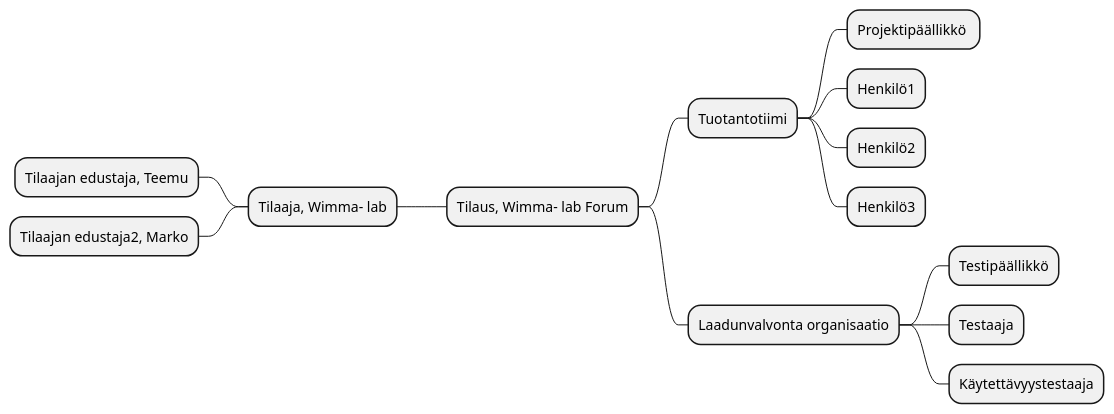
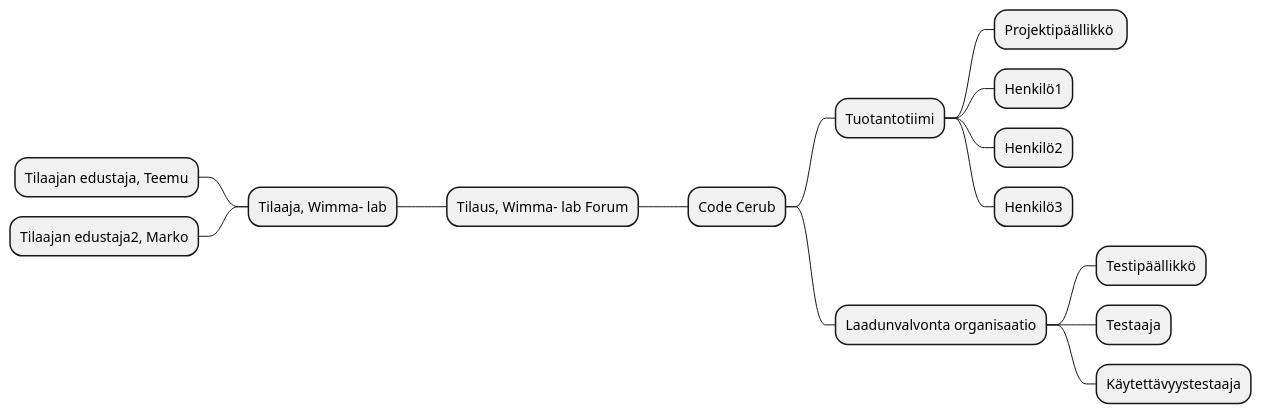
The third of 4 diagrams in dokumentit/10-Projektihallinta/projektisuunnitelma.md (ninaleo/S2021-AB5160-core), drawn with PlantUML before and after one commit.

````diff
--- a/dokumentit/10-Projektihallinta/projektisuunnitelma.md
+++ b/dokumentit/10-Projektihallinta/projektisuunnitelma.md
@@ -158,17 +158,18 @@
 ```plantuml
 @startmindmap
 + Tilaus, Wimma- lab Forum
-++ Tuotantotiimi
-+++ Projektipäällikkö 
-+++ Henkilö1
-+++ Henkilö2
-+++ Henkilö3
+++ Code Cerub
++++ Tuotantotiimi
+++++ Projektipäällikkö 
+++++ Henkilö1
+++++ Henkilö2
+++++ Henkilö3
 -- Tilaaja, Wimma- lab
 --- Tilaajan edustaja, Teemu
-++ Laadunvalvonta organisaatio
-+++ Testipäällikkö
-+++ Testaaja
-+++ Käytettävyystestaaja
++++ Laadunvalvonta organisaatio
+++++ Testipäällikkö
+++++ Testaaja
+++++ Käytettävyystestaaja
 --- Tilaajan edustaja2, Marko
 @endmindmap
 ```
````
